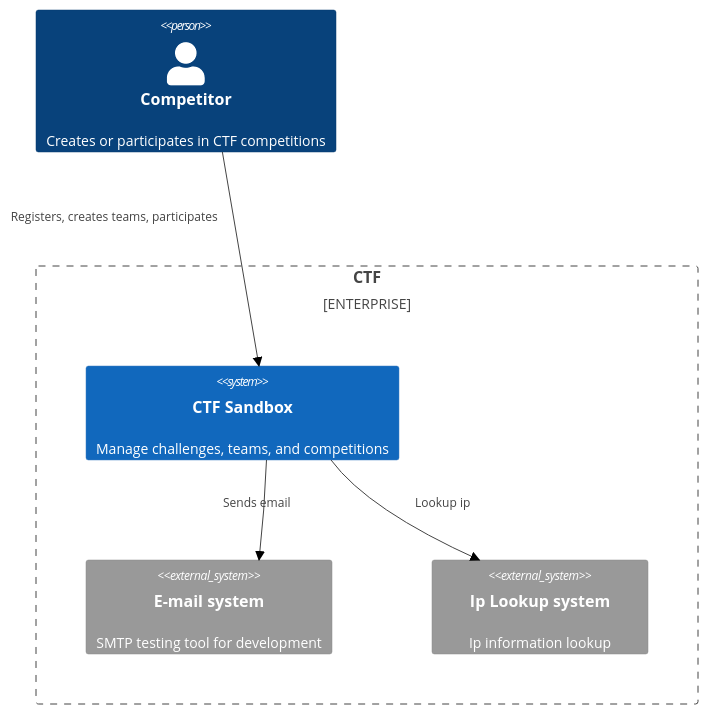
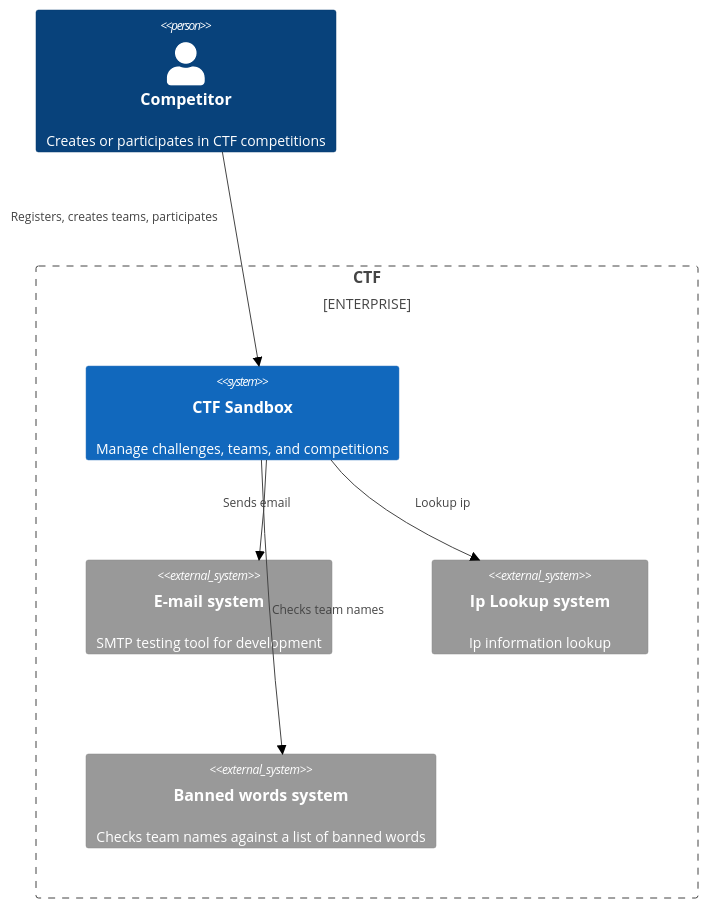
The first of 2 diagrams in README.md (CurlyFire/ctf-sandbox), drawn with Mermaid (forest theme) before and after one commit. The commit also changed other lines of this file, not shown here.

````diff
--- a/README.md
+++ b/README.md
@@ -52,19 +52,22 @@
 ```mermaid
 C4Context
     UpdateLayoutConfig($c4ShapeInRow="2", $c4BoundaryInRow="1")
     Person(user, "Competitor", "Creates or participates in CTF competitions")
     Enterprise_Boundary(b0, "CTF") {
         System(systemctf, "CTF Sandbox", "Manage challenges, teams, and competitions")
         System_Ext(systememail, "E-mail system", "SMTP testing tool for development")
         System_Ext(systemipinfo, "Ip Lookup system", "Ip information lookup")
+        System_Ext(bannedwords, "Banned words system", "Checks team names against a list of banned words")
 
         Rel(user, systemctf, "Registers, creates teams, participates")
         UpdateRelStyle(user, systemctf, $offsetX="-230", $offsetY="-45")
 
         Rel(systemctf, systememail, "Sends email")
         UpdateRelStyle(systemctf, systememail, $offsetX="-40", $offsetY="-10")
 
         Rel(systemctf, systemipinfo, "Lookup ip")
         UpdateRelStyle(systemctf, systemipinfo, $offsetX="10", $offsetY="-10")
+
+        Rel(systemctf, bannedwords, "Checks team names")
     }
 ```
````
